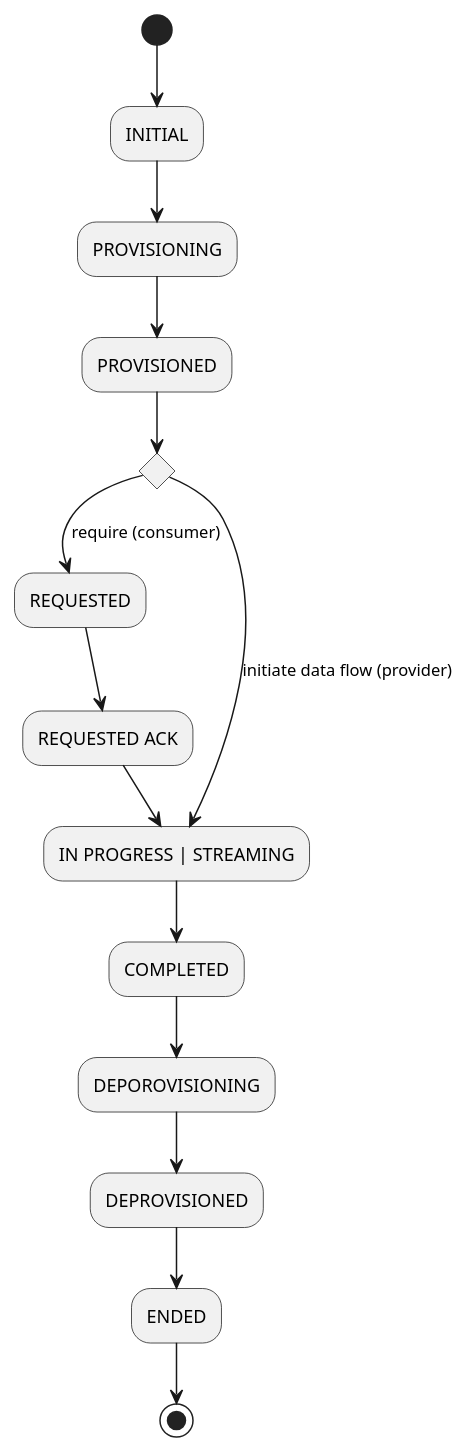
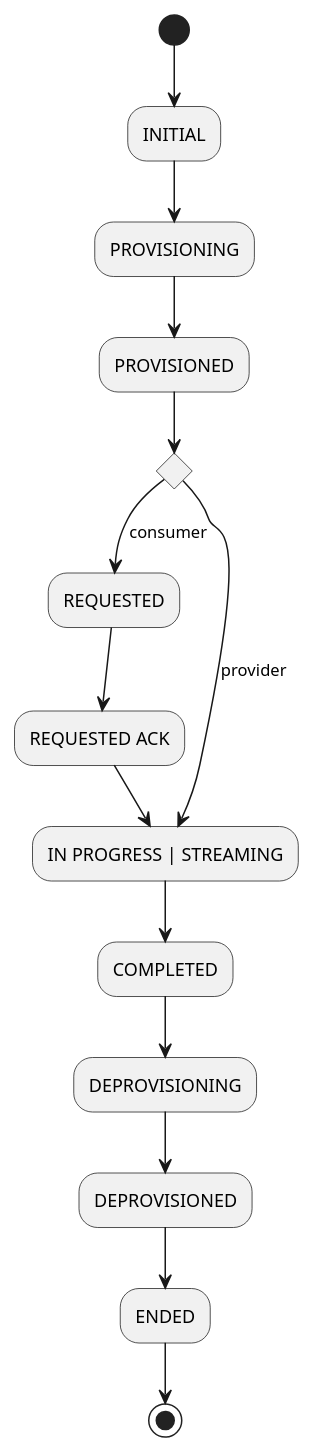
One commit to eclipse-edc/Connector changed the diagram in docs/diagrams/transfer-states.puml. Above: the diagram before and after it, drawn with PlantUML.

Commit message:
Fix typo and apply suggestions

```diff
--- a/docs/diagrams/transfer-states.puml
+++ b/docs/diagrams/transfer-states.puml
@@ -15,26 +15,26 @@
 @startuml
 
 skinParam NoteBackgroundColor WhiteSmoke
 skinParam NoteFontColor Black
 skinParam ParticipantBackgroundColor WhiteSmoke
 skinParam ActorBackgroundColor WhiteSmoke
 skinParam AgentBackgroundColor White
 skinParam AgentBorderColor SkyBlue
 skinparam shadowing false
 
 (*) --> INITIAL
 --> PROVISIONING
 --> PROVISIONED
 if "" then
-    --> [require (consumer)] REQUESTED
+    --> [consumer] REQUESTED
     --> REQUESTED ACK
     --> IN PROGRESS | STREAMING
 else
-    --> [initiate data flow (provider)] IN PROGRESS | STREAMING
+    --> [provider] IN PROGRESS | STREAMING
 --> COMPLETED
---> DEPOROVISIONING
+--> DEPROVISIONING
 --> DEPROVISIONED
 --> ENDED
 --> (*)
 
 @enduml
```
